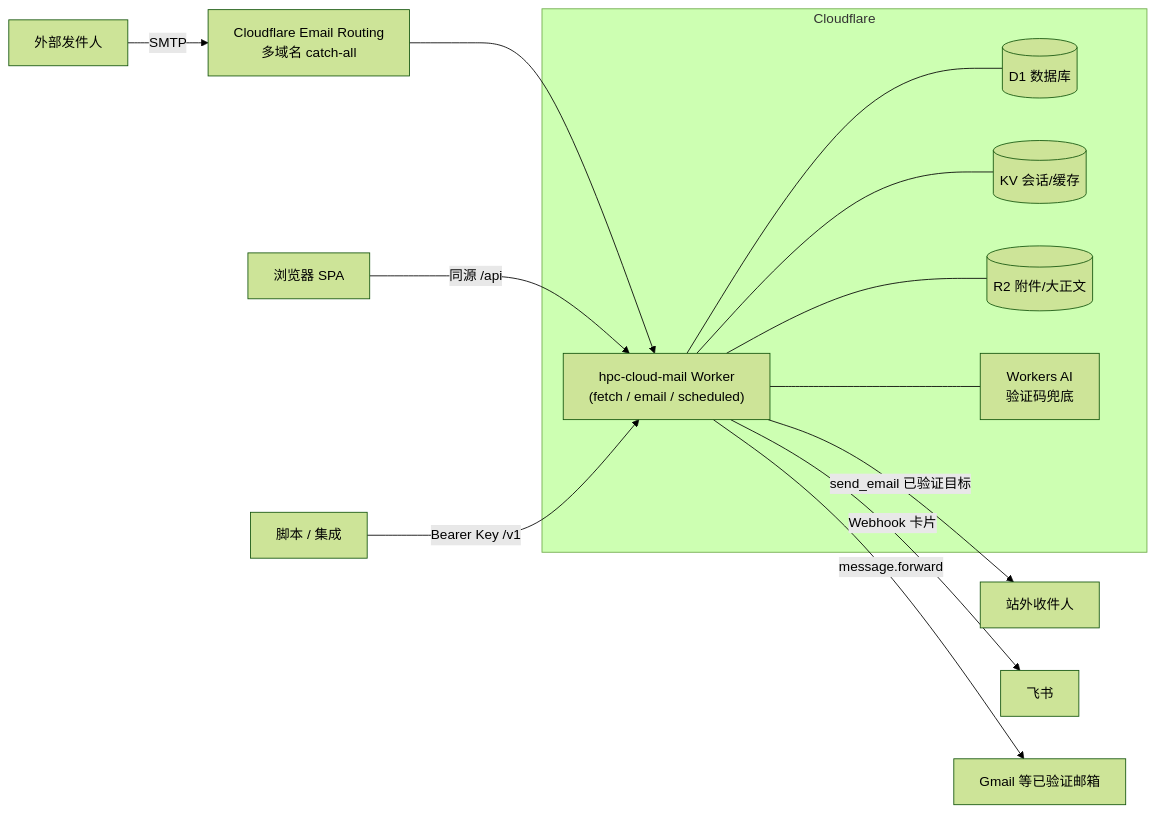
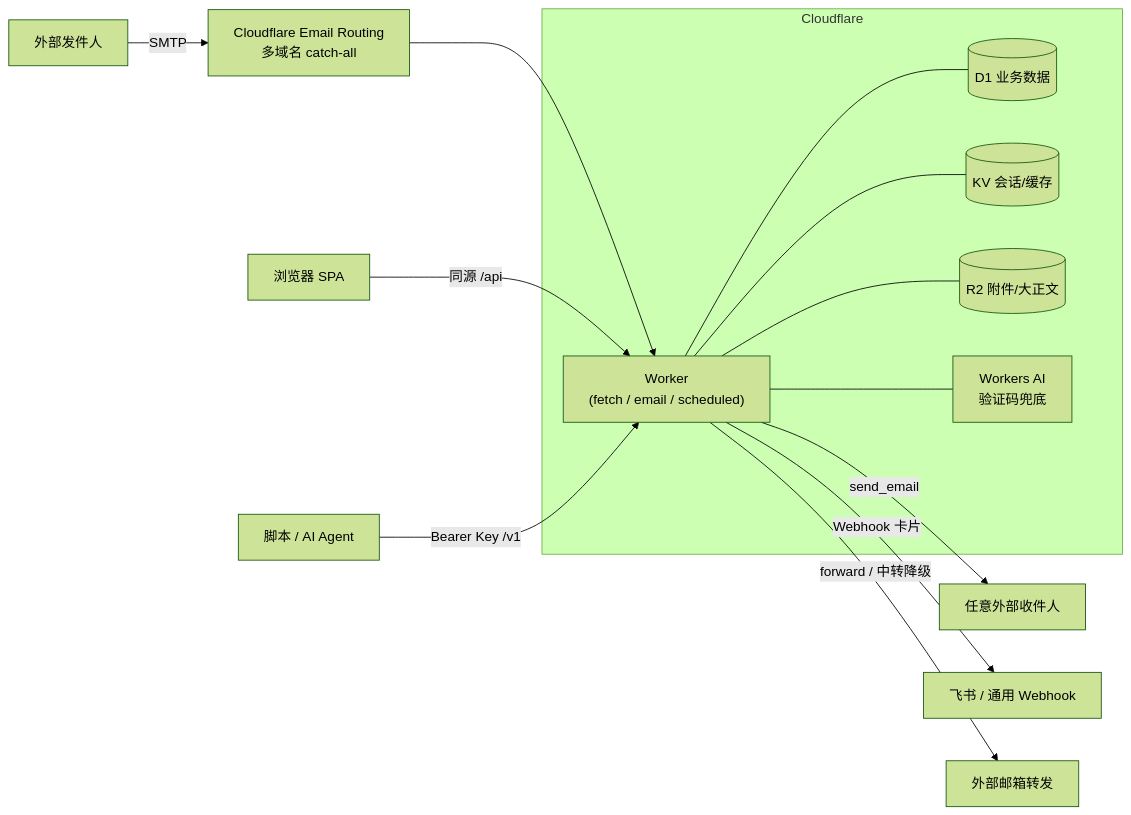
One commit to a37836323/hpc-mail changed the diagram in README.md. Above: the diagram before and after it, drawn with Mermaid (forest theme). The commit also changed other lines of this file and 22 other files, not shown here.

````diff
--- a/README.md
+++ b/README.md
@@ -38,23 +84,23 @@
 ```mermaid
 flowchart LR
     S[外部发件人] -->|SMTP| ER[Cloudflare Email Routing<br/>多域名 catch-all]
     ER --> W
 
     subgraph CF [Cloudflare]
-        W["hpc-cloud-mail Worker<br/>(fetch / email / scheduled)"]
-        D1[(D1 数据库)]
+        W["Worker<br/>(fetch / email / scheduled)"]
+        D1[(D1 业务数据)]
         KV[(KV 会话/缓存)]
         R2[(R2 附件/大正文)]
         AI[Workers AI<br/>验证码兜底]
         W --- D1
         W --- KV
         W --- R2
         W --- AI
     end
 
     B[浏览器 SPA] -->|同源 /api| W
-    C[脚本 / 集成] -->|Bearer Key /v1| W
-    W -->|send_email 已验证目标| OUT[站外收件人]
-    W -->|Webhook 卡片| FS[飞书]
-    W -->|message.forward| GM[Gmail 等已验证邮箱]
+    C[脚本 / AI Agent] -->|Bearer Key /v1| W
+    W -->|send_email| OUT[任意外部收件人]
+    W -->|Webhook 卡片| FS[飞书 / 通用 Webhook]
+    W -->|forward / 中转降级| FW[外部邮箱转发]
 ```
````
